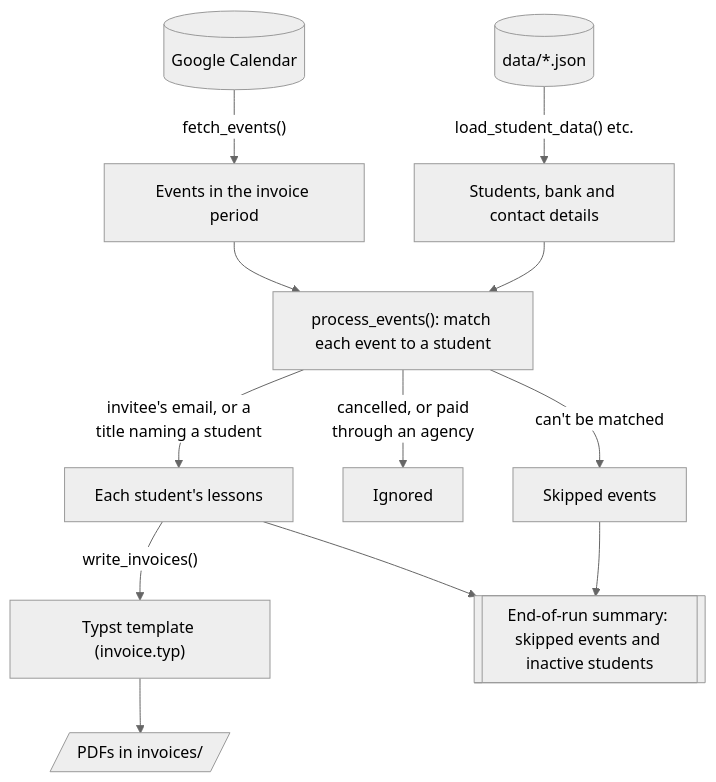
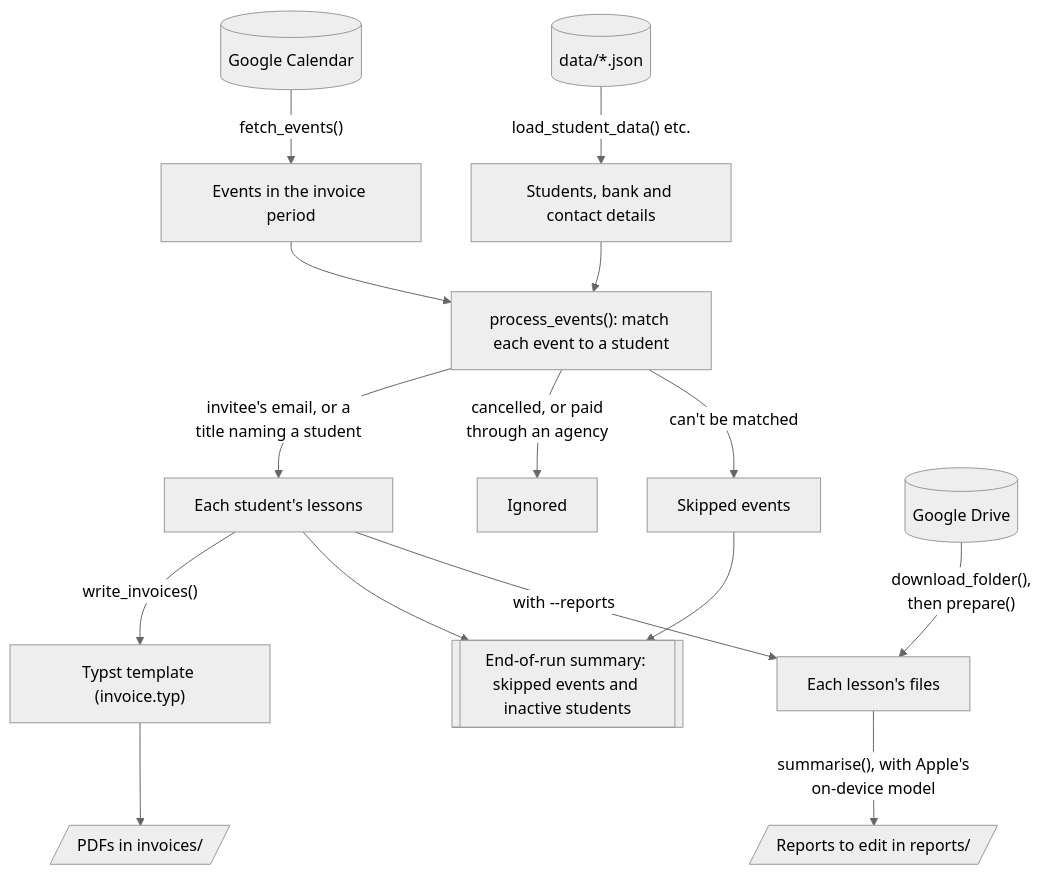
The diagram in docs/DEVELOPMENT.md (baiway/invoice-generator), drawn with Mermaid (neutral theme) before and after one commit. The commit also changed other lines of this file and 9 other files, not shown here.

First line of the commit message:
Draft lesson reports with `generate-invoices --reports`

````diff
--- a/docs/DEVELOPMENT.md
+++ b/docs/DEVELOPMENT.md
@@ -5,14 +5,17 @@
 ```mermaid
 flowchart TD
     calendar[("Google Calendar")] -- "fetch_events()" --> events["Events in the invoice period"]
     data[("data/*.json")] -- "load_student_data() etc." --> details["Students, bank and contact details"]
     events --> match["process_events(): match each event to a student"]
     details --> match
     match -- "invitee's email, or a<br>title naming a student" --> lessons["Each student's lessons"]
     match -- "cancelled, or paid<br>through an agency" --> ignored["Ignored"]
     match -- "can't be matched" --> skipped["Skipped events"]
     lessons -- "write_invoices()" --> template["Typst template (invoice.typ)"]
     template --> pdfs[/"PDFs in invoices/"/]
     skipped --> summary[["End-of-run summary: skipped events and inactive students"]]
     lessons --> summary
+    drive[("Google Drive")] -- "download_folder(),<br>then prepare()" --> files["Each lesson's files"]
+    lessons -- "with --reports" --> files
+    files -- "summarise(), with Apple's<br>on-device model" --> drafts[/"Reports to edit in reports/"/]
 ```
````
